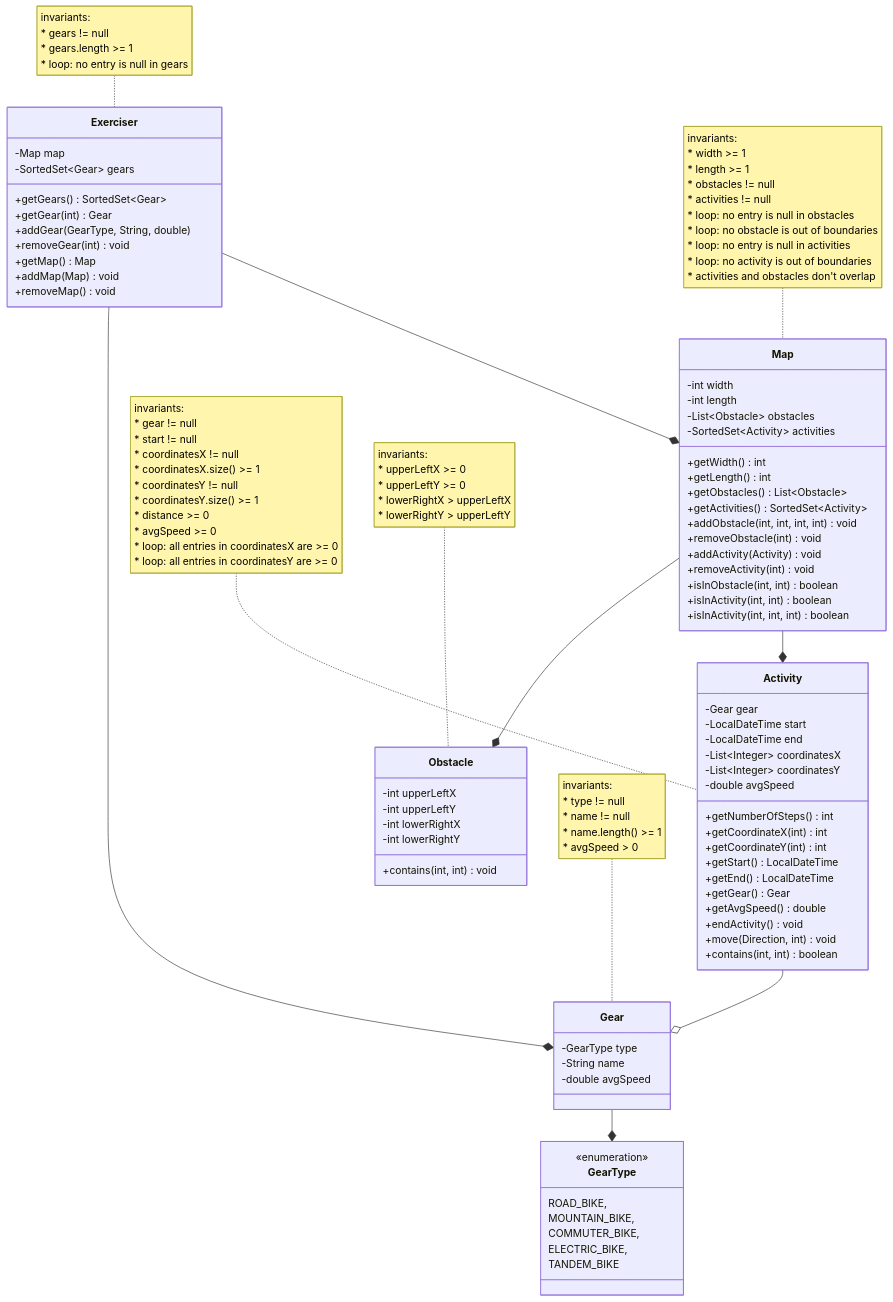
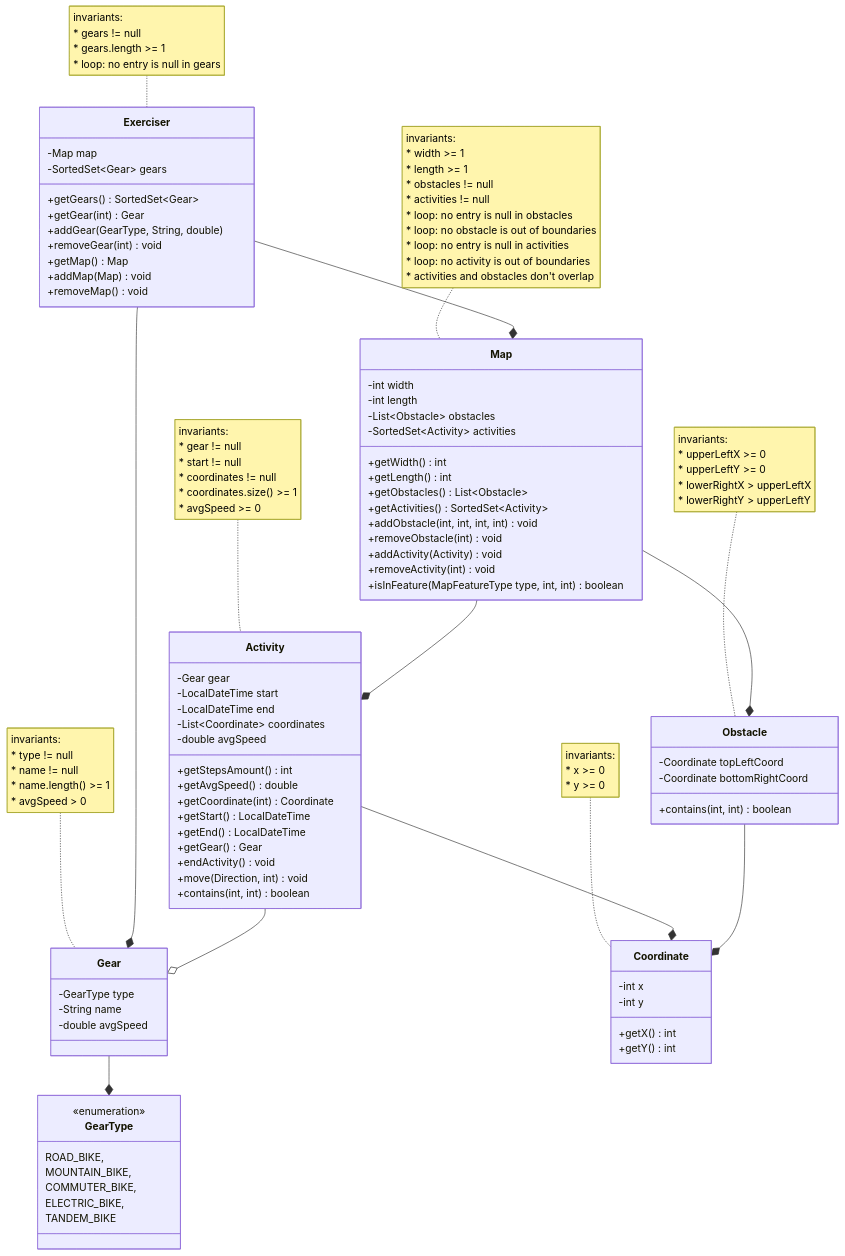
Before and after one commit to NarekVeranyan05/exercise_tracker: the diagram in README.md, drawn with Mermaid. The commit also changed 10 other files, not shown here.

Commit message:
-added Coordinate class -refined Activity, Obstacle, Map accordingly

```diff
--- a/README.md
+++ b/README.md
@@ -99,9 +99,7 @@
         +removeObstacle(int) void
         +addActivity(Activity) void
         +removeActivity(int) void
-        +isInObstacle(int, int) boolean
-        +isInActivity(int, int) boolean
-        +isInActivity(int, int, int) boolean
+        +isInFeature(MapFeatureType type, int, int) boolean
     }
 
     note for Map"invariants:
@@ -122,17 +120,15 @@
         -Gear gear
         -LocalDateTime start
         -LocalDateTime end
-        -List~Integer~ coordinatesX
-        -List~Integer~ coordinatesY
+        -List~Coordinate~ coordinates
         -double avgSpeed
         
-        +getNumberOfSteps() int
-        +getCoordinateX(int) int
-        +getCoordinateY(int) int
+        +getStepsAmount() int
+        +getAvgSpeed() double
+        +getCoordinate(int) Coordinate
         +getStart() LocalDateTime
         +getEnd() LocalDateTime
         +getGear() Gear
-        +getAvgSpeed() double
         +endActivity() void
         +move(Direction, int) void
         +contains(int, int) boolean
@@ -141,24 +137,18 @@
     note for Activity"invariants:
         * gear != null
         * start != null
-        * coordinatesX != null
-        * coordinatesX.size() >= 1
-        * coordinatesY != null
-        * coordinatesY.size() >= 1
-        * distance >= 0
-        * avgSpeed >= 0
-        * loop: all entries in coordinatesX are >= 0
-        * loop: all entries in coordinatesY are >= 0"
+        * coordinates != null
+        * coordinates.size() >= 1
+        * avgSpeed >= 0"
 
     Activity --o Gear
+    Activity --* Coordinate
     
     class Obstacle {
-        -int upperLeftX
-        -int upperLeftY
-        -int lowerRightX
-        -int lowerRightY
+        -Coordinate topLeftCoord
+        -Coordinate bottomRightCoord
         
-        +contains(int, int) void
+        +contains(int, int) boolean
     }
     
     note for Obstacle"invariants:
@@ -166,6 +156,21 @@
         * upperLeftY >= 0
         * lowerRightX > upperLeftX
         * lowerRightY > upperLeftY"
+    
+    Obstacle --* Coordinate
+        
+    class Coordinate {
+        -int x
+        -int y
+        
+        +getX() int
+        +getY() int
+    }
+    
+    note for Coordinate "invariants:
+        * x >= 0
+        * y >= 0
+    "
     
 %%    class ExerciserPrinter{
 %%        -Exerciser exerciser
```
